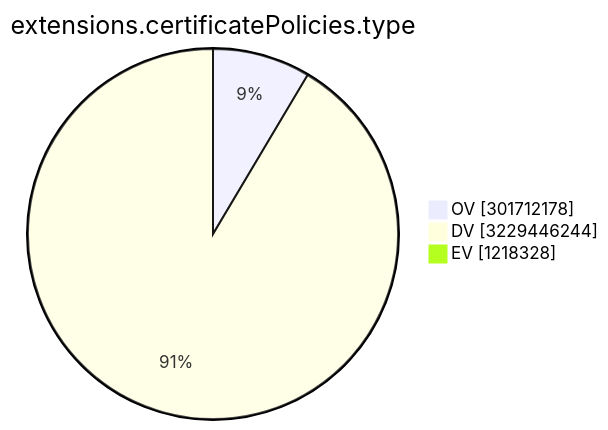
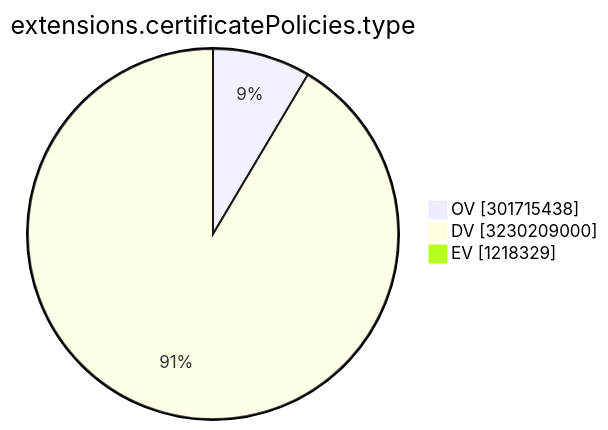
The ninth of 15 diagrams in TOTAL/README.md (christiankrug/ctmonitor_visualization), drawn with Mermaid before and after one commit. The commit also changed other lines of this file, not shown here.

````diff
--- a/TOTAL/README.md
+++ b/TOTAL/README.md
@@ -3107,7 +3107,7 @@
 ```mermaid
 pie showData
 title extensions.certificatePolicies.type
-"OV" :301712178
-"DV" :3229446244
-"EV" :1218328
+"OV" :301715438
+"DV" :3230209000
+"EV" :1218329
 ```
````
